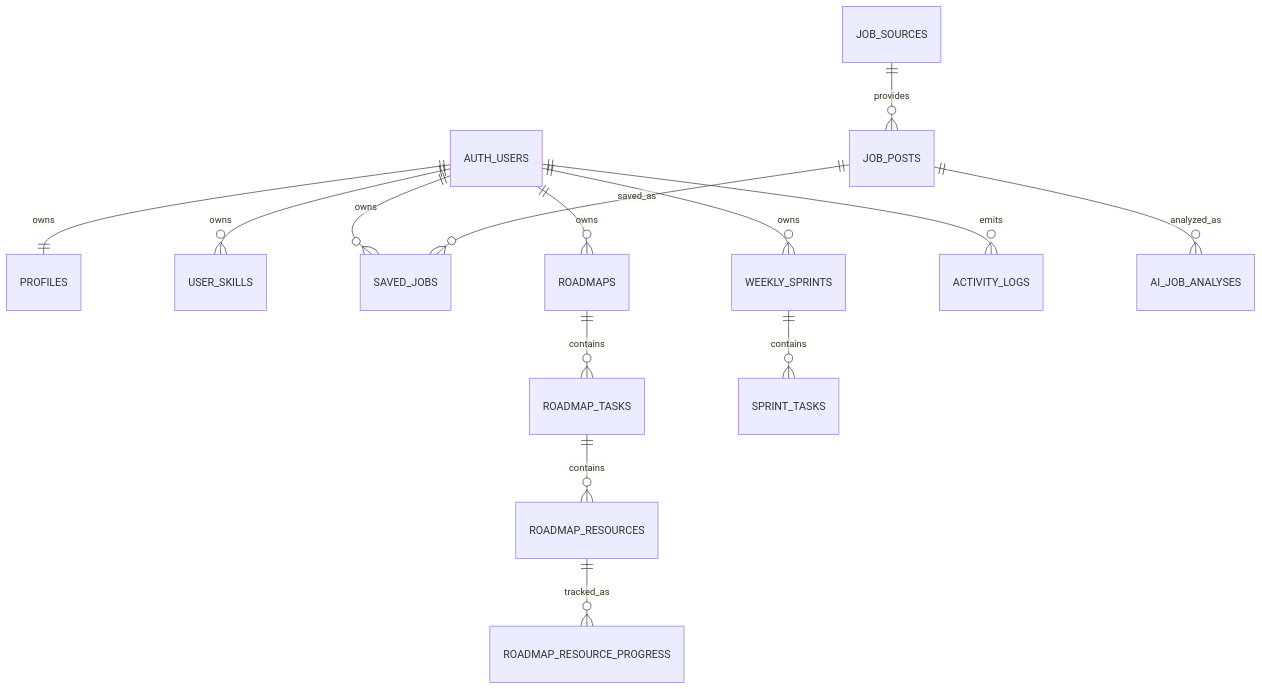
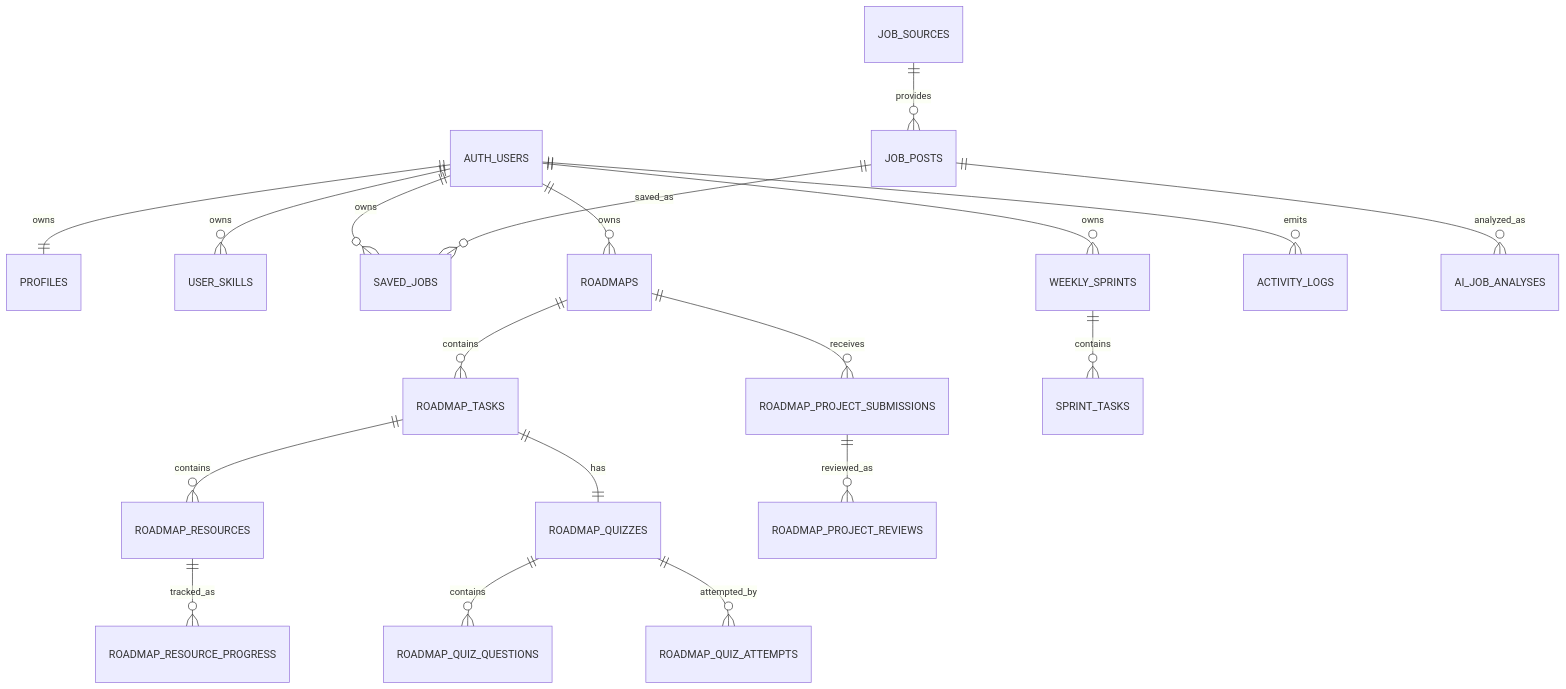
Before and after one commit to Sutannn13/Skill-Path-AI: the diagram in docs/database-schema.md, drawn with Mermaid. The commit also changed other lines of this file and 25 other files, not shown here.

````diff
--- a/docs/database-schema.md
+++ b/docs/database-schema.md
@@ -7,16 +7,21 @@
 ```mermaid
 erDiagram
   AUTH_USERS ||--|| PROFILES : owns
   AUTH_USERS ||--o{ USER_SKILLS : owns
   AUTH_USERS ||--o{ SAVED_JOBS : owns
   AUTH_USERS ||--o{ ROADMAPS : owns
   ROADMAPS ||--o{ ROADMAP_TASKS : contains
   ROADMAP_TASKS ||--o{ ROADMAP_RESOURCES : contains
   ROADMAP_RESOURCES ||--o{ ROADMAP_RESOURCE_PROGRESS : tracked_as
+  ROADMAP_TASKS ||--|| ROADMAP_QUIZZES : has
+  ROADMAP_QUIZZES ||--o{ ROADMAP_QUIZ_QUESTIONS : contains
+  ROADMAP_QUIZZES ||--o{ ROADMAP_QUIZ_ATTEMPTS : attempted_by
+  ROADMAPS ||--o{ ROADMAP_PROJECT_SUBMISSIONS : receives
+  ROADMAP_PROJECT_SUBMISSIONS ||--o{ ROADMAP_PROJECT_REVIEWS : reviewed_as
   AUTH_USERS ||--o{ WEEKLY_SPRINTS : owns
   WEEKLY_SPRINTS ||--o{ SPRINT_TASKS : contains
   AUTH_USERS ||--o{ ACTIVITY_LOGS : emits
   JOB_SOURCES ||--o{ JOB_POSTS : provides
   JOB_POSTS ||--o{ SAVED_JOBS : saved_as
   JOB_POSTS ||--o{ AI_JOB_ANALYSES : analyzed_as
 ```
````
